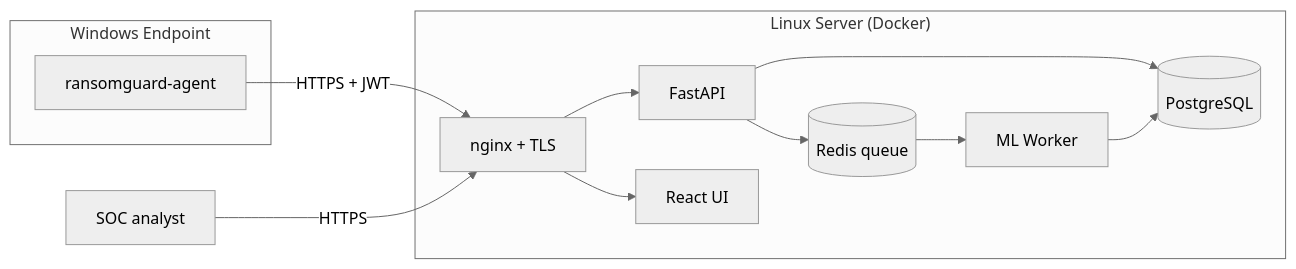
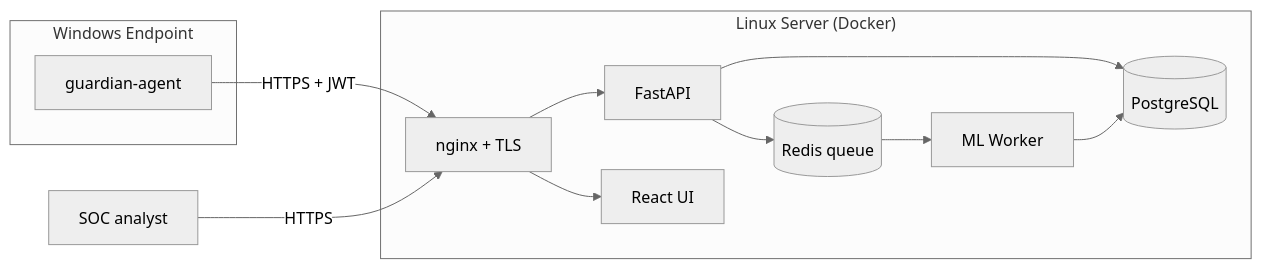
The diagram in README.md (Patrickleondev/Hackathon_au_Togo_IT_Days_2025_EPL_Team), drawn with Mermaid (neutral theme) before and after one commit. The commit also changed other lines of this file and 46 other files, not shown here.

````diff
--- a/README.md
+++ b/README.md
@@ -13,16 +13,16 @@
 ```mermaid
 flowchart LR
   subgraph EP["Windows Endpoint"]
-    A[ransomguard-agent]
+    A[guardian-agent]
   end
   subgraph SRV["Linux Server (Docker)"]
     NG[nginx + TLS] --> API[FastAPI]
     NG --> FE[React UI]
     API --> DB[(PostgreSQL)]
     API --> RD[(Redis queue)]
     RD --> WK[ML Worker]
     WK --> DB
   end
   A -->|HTTPS + JWT| NG
   ANALYST[SOC analyst] -->|HTTPS| NG
 ```
````
